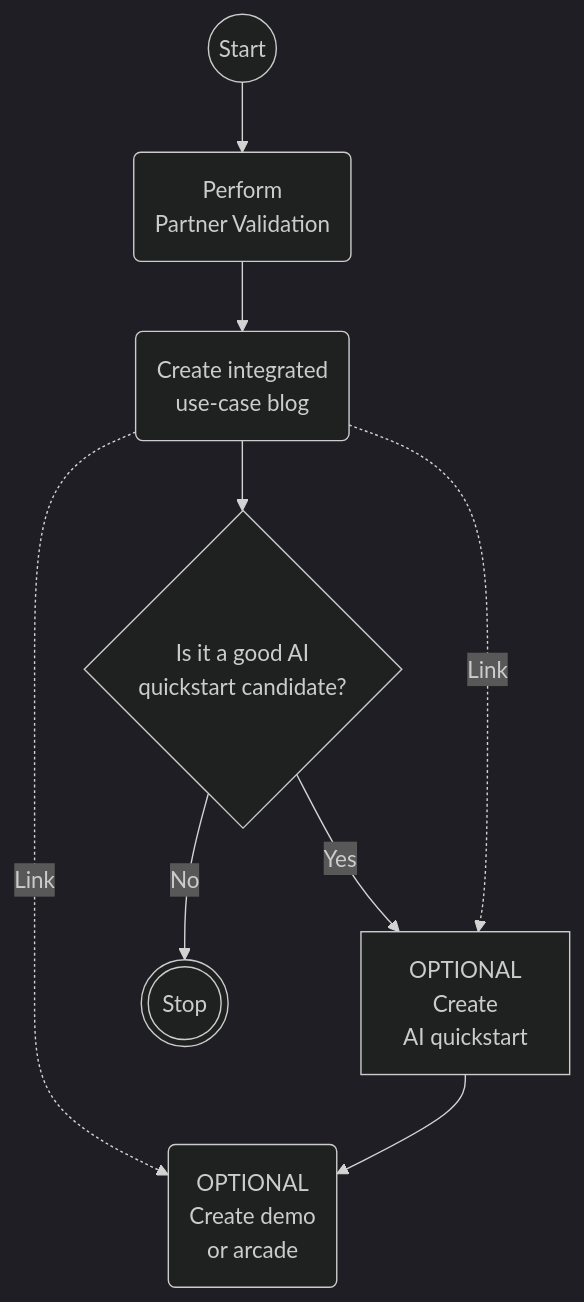
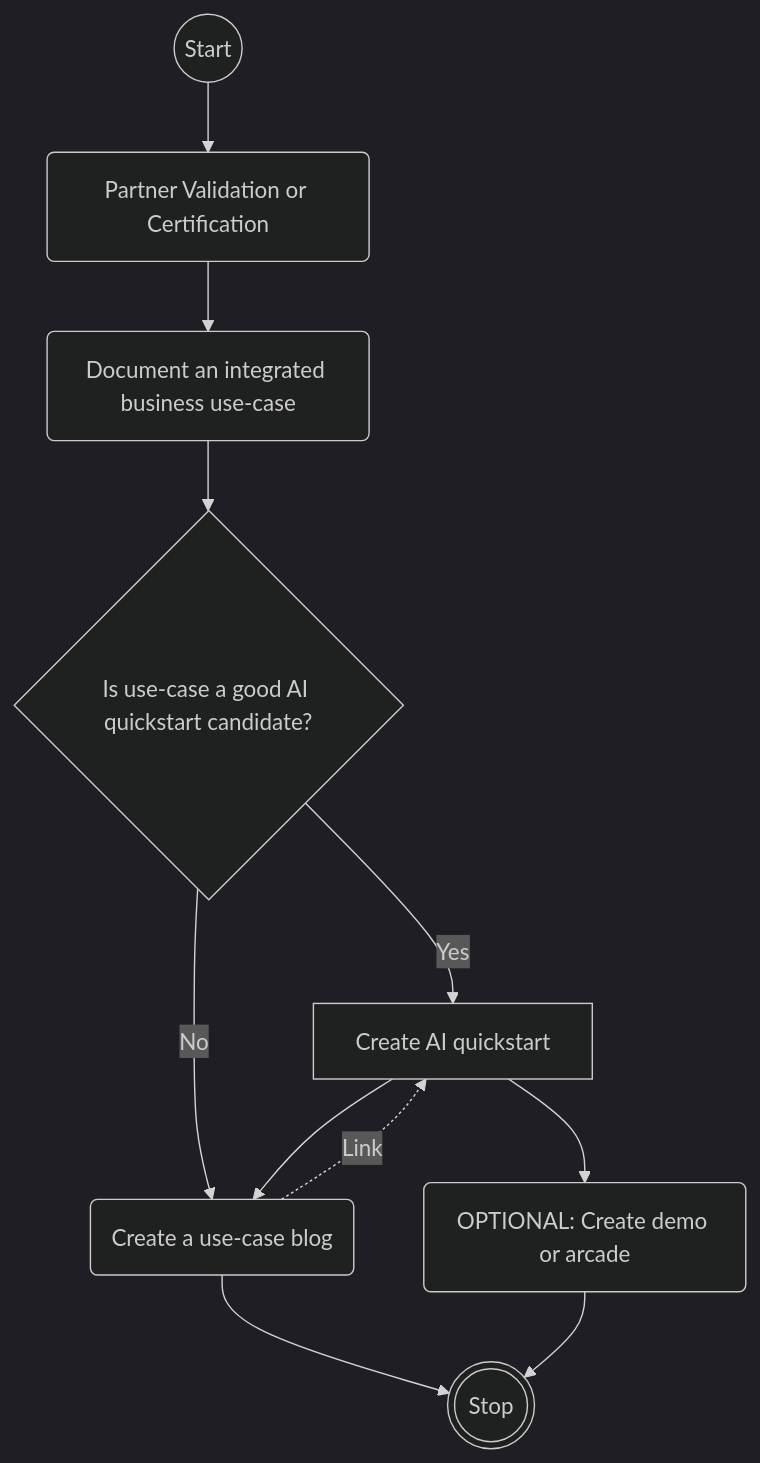
The diagram in README.md (seanmerrow/homelab), drawn with Mermaid (dark theme) before and after one commit.

Commit message:
Revise flowchart in README for partner validation
Updated flowchart to reflect new partner validation process and use-case documentation steps.

````diff
--- a/README.md
+++ b/README.md
@@ -3,11 +3,13 @@
 ```mermaid
 flowchart TD
-    S@{ shape: circ, label: "Start" } -->A("Perform\nPartner Validation")
-    A -->B("Create integrated\nuse-case blog")
-    B -->C{"Is it a good AI\nquickstart candidate?"}
-    B -.->|Link| F
-    C -->|Yes| D["OPTIONAL\nCreate\nAI quickstart"]
-    B -.->|Link| D
-    C -->|No| E@{ shape: dbl-circ, label: "Stop" }
-    D -->F("OPTIONAL\nCreate demo\nor arcade")
+    S@{ shape: circ, label: "Start" } -->A("Partner Validation or Certification")
+    A -->B("Document an integrated business use-case ")
+    B -->C{"Is use-case a good AI quickstart candidate?"}
+    C -->|Yes| D["Create AI quickstart"]
+    C -->|No| E
+    D -->E("Create a use-case blog")
+    E -.->|Link| D
+    D -->F("OPTIONAL: Create demo or arcade")
+    E -->G@{ shape: dbl-circ, label: "Stop" }
+    F -->G
 ```
````
